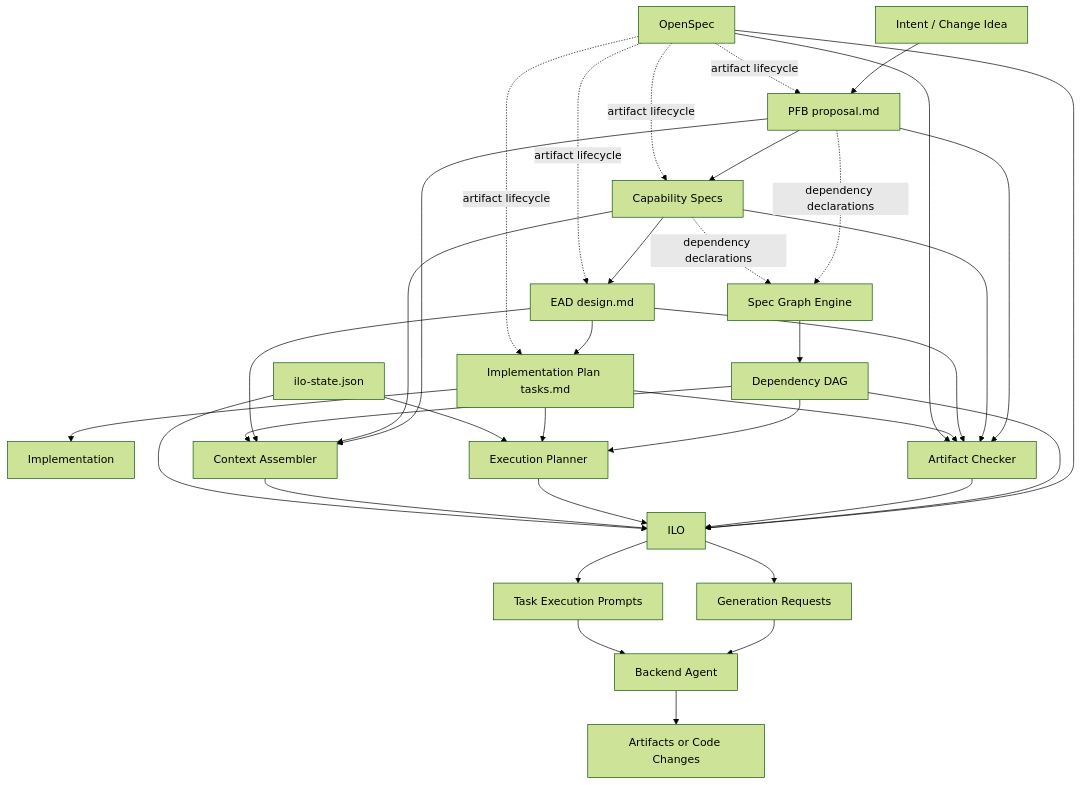
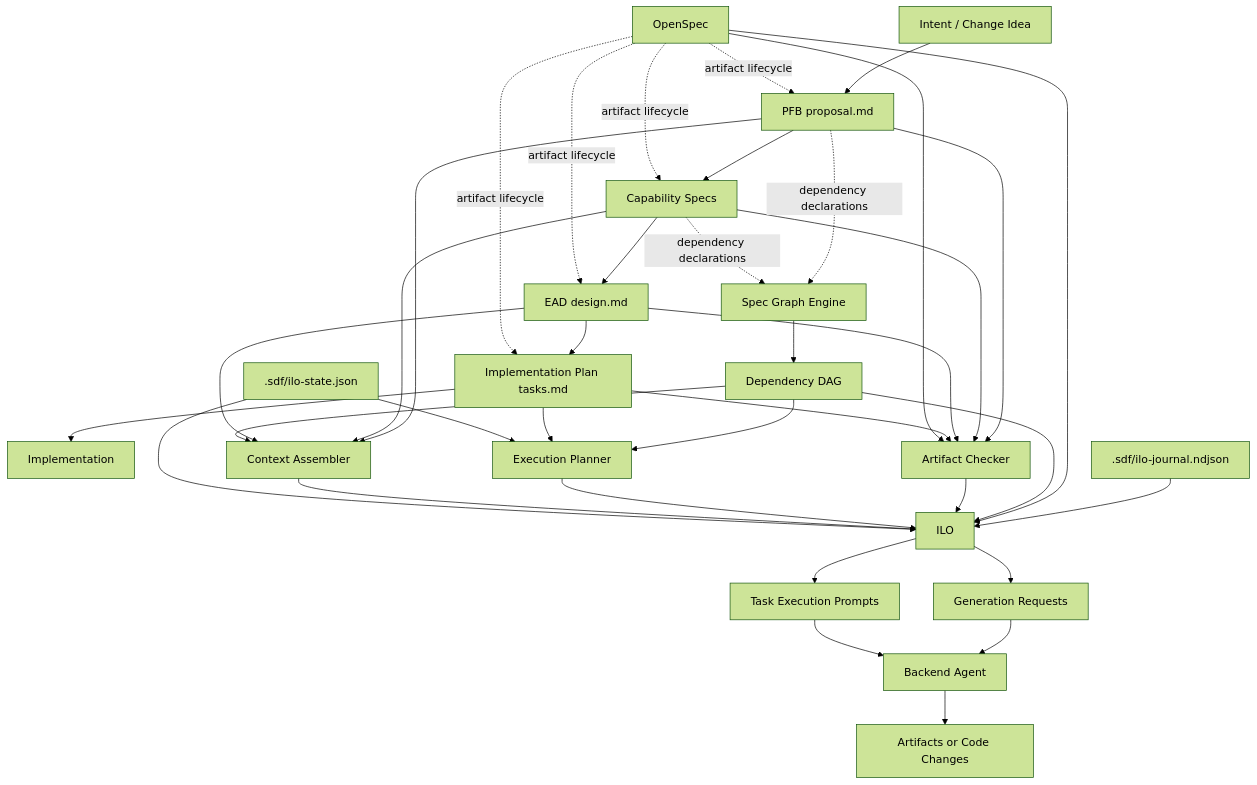
The diagram in docs/information-architecture.md (mdiloreto/spec-driven-framework), drawn with Mermaid (forest theme) before and after one commit. The commit also changed other lines of this file and 38 other files, not shown here.

First line of the commit message:
feat(ilo): add hidden runtime journal and trace support

````diff
--- a/docs/information-architecture.md
+++ b/docs/information-architecture.md
@@ -110,46 +112,47 @@
 ```mermaid
 flowchart TD
     A[Intent / Change Idea] --> B[PFB proposal.md]
     B --> C[Capability Specs]
     C --> D[EAD design.md]
     D --> E[Implementation Plan tasks.md]
     E --> F[Implementation]
 
     G[OpenSpec] -. artifact lifecycle .-> B
     G -. artifact lifecycle .-> C
     G -. artifact lifecycle .-> D
     G -. artifact lifecycle .-> E
 
     B -. dependency declarations .-> H[Spec Graph Engine]
     C -. dependency declarations .-> H
     H --> I[Dependency DAG]
 
     B --> J[Artifact Checker]
     C --> J
     D --> J
     E --> J
     G --> J
 
     I --> K[Execution Planner]
     E --> K
-    L[ilo-state.json] --> K
+    L[.sdf/ilo-state.json] --> K
+    S[.sdf/ilo-journal.ndjson] --> N
 
     B --> M[Context Assembler]
     C --> M
     D --> M
     I --> M
 
     G --> N[ILO]
     I --> N
     J --> N
     K --> N
     M --> N
     L --> N
 
     N --> O[Generation Requests]
     N --> P[Task Execution Prompts]
 
     O --> Q[Backend Agent]
     P --> Q
     Q --> R[Artifacts or Code Changes]
 ```
````
